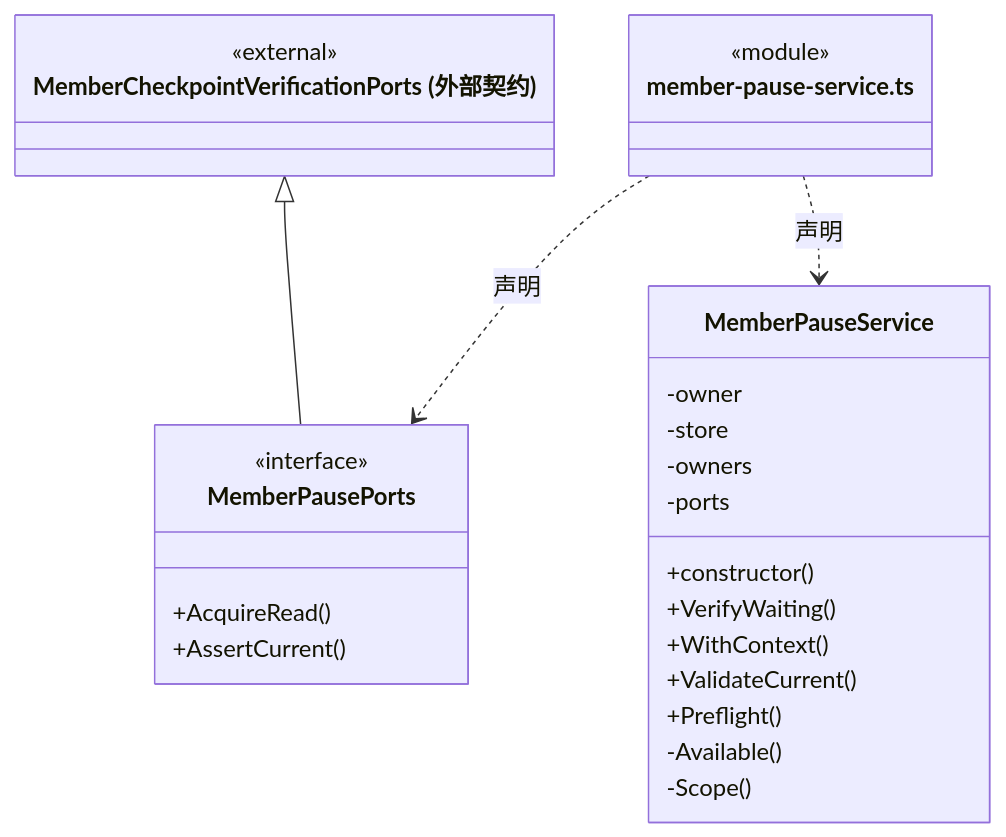
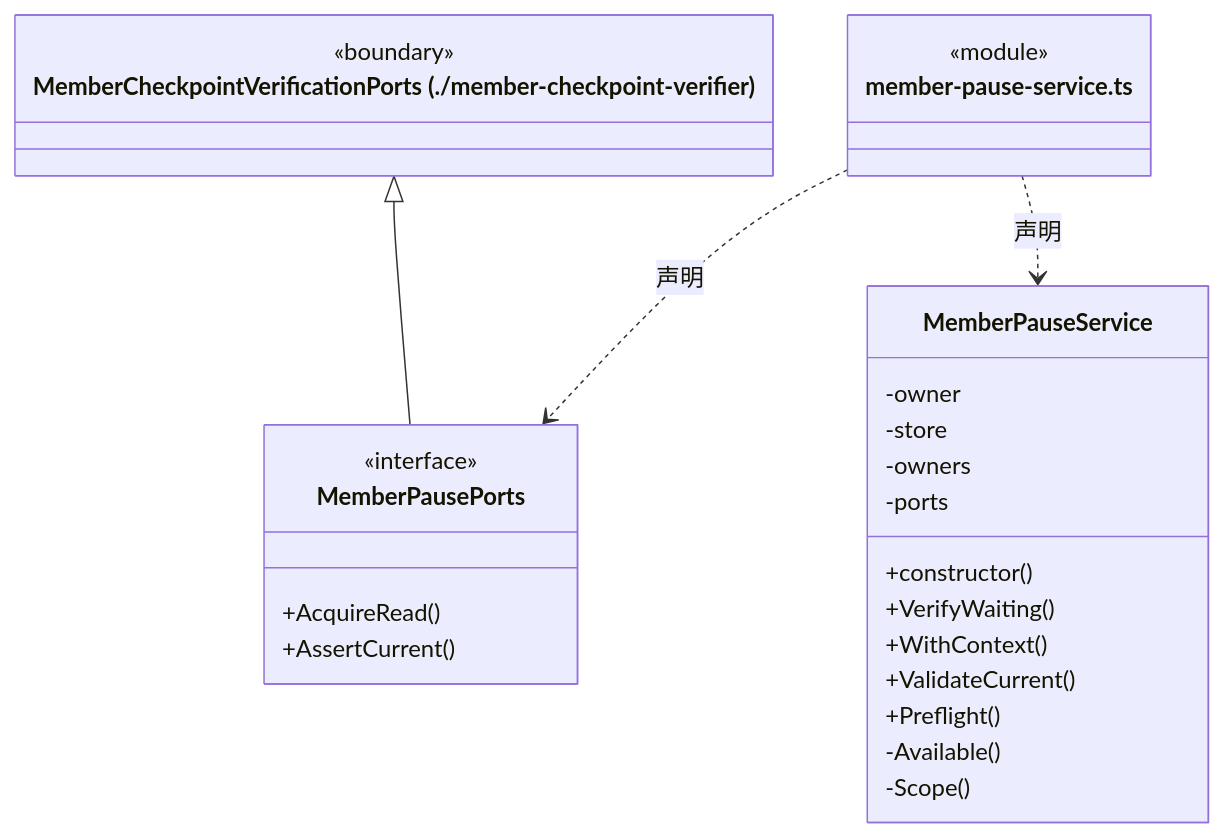
The ninth of 16 diagrams in src/logic/team/runtime/ARCHITECTURE.md (nan023062/cbim), drawn with Mermaid before and after one commit. The commit also changed other lines of this file and 112 other files, not shown here.

Commit message:
docs: align source architecture with current declarations and contracts

````diff
--- a/src/logic/team/runtime/ARCHITECTURE.md
+++ b/src/logic/team/runtime/ARCHITECTURE.md
@@ -307,30 +307,30 @@
 ```mermaid
 classDiagram
 class N_src_logic_team_runtime_member_pause_service_ts["member-pause-service.ts"] {
   <<module>>
 }
 class N_src_logic_team_runtime_member_pause_service_ts_MemberPausePorts["MemberPausePorts"] {
   <<interface>>
   +AcquireRead()
   +AssertCurrent()
 }
 N_src_logic_team_runtime_member_pause_service_ts ..> N_src_logic_team_runtime_member_pause_service_ts_MemberPausePorts : 声明
-class N_src_logic_team_runtime_member_pause_service_ts_external_MemberCheckpointVerificationPorts["MemberCheckpointVerificationPorts (外部契约)"] {
-  <<external>>
+class N_src_logic_team_runtime_member_pause_service_ts_external_MemberCheckpointVerificationPorts["MemberCheckpointVerificationPorts (./member-checkpoint-verifier)"] {
+  <<boundary>>
 }
 N_src_logic_team_runtime_member_pause_service_ts_external_MemberCheckpointVerificationPorts <|-- N_src_logic_team_runtime_member_pause_service_ts_MemberPausePorts
 class N_src_logic_team_runtime_member_pause_service_ts_MemberPauseService["MemberPauseService"] {
   +constructor()
   +VerifyWaiting()
   +WithContext()
   +ValidateCurrent()
   +Preflight()
   -owner
   -store
   -owners
   -ports
   -Available()
   -Scope()
 }
 N_src_logic_team_runtime_member_pause_service_ts ..> N_src_logic_team_runtime_member_pause_service_ts_MemberPauseService : 声明
 ```
````
